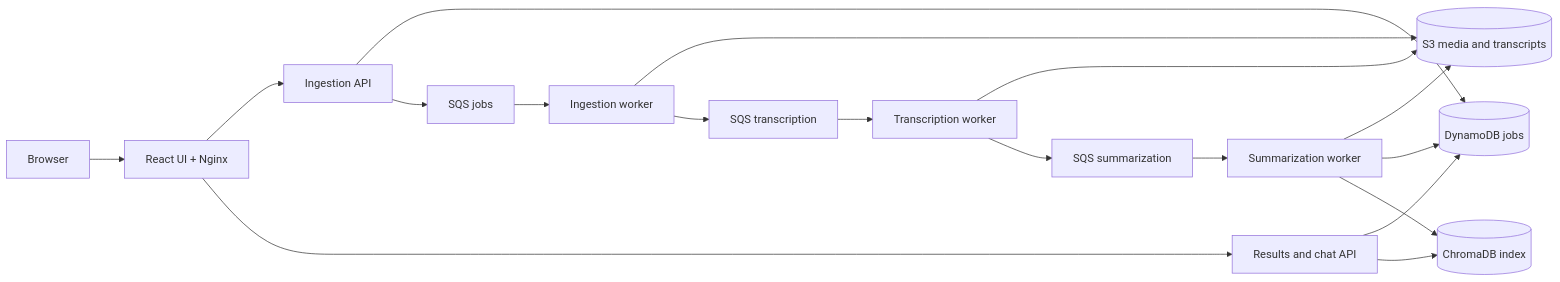
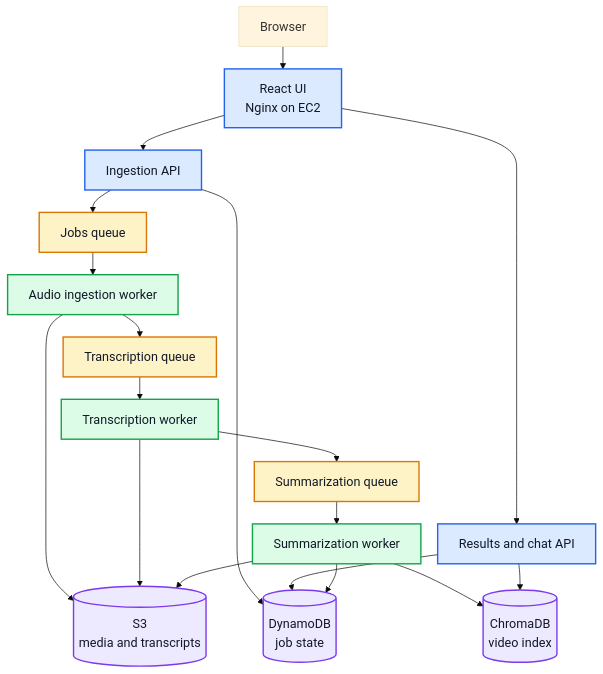
One commit to TexZ-GenZ/Cloud_Project changed the diagram in README.md. Above: the diagram before and after it, drawn with Mermaid. The commit also changed other lines of this file and 10 other files, not shown here.

Commit message:
Organize root files and compact architecture diagram

````diff
--- a/README.md
+++ b/README.md
@@ -9,20 +9,29 @@
 ```mermaid
-flowchart LR
-    Browser --> UI[React UI + Nginx]
+%%{init: {"theme":"base","themeVariables":{"fontSize":"18px"},"flowchart":{"nodeSpacing":24,"rankSpacing":32}}}%%
+flowchart TB
+    Browser[Browser] --> UI[React UI<br/>Nginx on EC2]
     UI --> IngestAPI[Ingestion API]
     UI --> ResultsAPI[Results and chat API]
-    IngestAPI --> Jobs[(DynamoDB jobs)]
-    IngestAPI --> Q1[SQS jobs]
-    Q1 --> IngestWorker[Ingestion worker]
-    IngestWorker --> S3[(S3 media and transcripts)]
-    IngestWorker --> Q2[SQS transcription]
+    IngestAPI --> Q1[Jobs queue]
+    Q1 --> IngestWorker[Audio ingestion worker]
+    IngestWorker --> Q2[Transcription queue]
     Q2 --> TranscribeWorker[Transcription worker]
+    TranscribeWorker --> Q3[Summarization queue]
+    Q3 --> SummarizeWorker[Summarization worker]
+    IngestAPI --> Jobs[(DynamoDB<br/>job state)]
+    ResultsAPI --> Jobs
+    IngestWorker --> S3[(S3<br/>media and transcripts)]
     TranscribeWorker --> S3
-    TranscribeWorker --> Q3[SQS summarization]
-    Q3 --> SummarizeWorker[Summarization worker]
     SummarizeWorker --> S3
     SummarizeWorker --> Jobs
-    SummarizeWorker --> Chroma[(ChromaDB index)]
-    ResultsAPI --> Jobs
+    SummarizeWorker --> Chroma[(ChromaDB<br/>video index)]
     ResultsAPI --> Chroma
+    classDef api fill:#dbeafe,stroke:#2563eb,stroke-width:2px,color:#111827
+    classDef queue fill:#fef3c7,stroke:#d97706,stroke-width:2px,color:#111827
+    classDef worker fill:#dcfce7,stroke:#16a34a,stroke-width:2px,color:#111827
+    classDef data fill:#ede9fe,stroke:#7c3aed,stroke-width:2px,color:#111827
+    class UI,IngestAPI,ResultsAPI api
+    class Q1,Q2,Q3 queue
+    class IngestWorker,TranscribeWorker,SummarizeWorker worker
+    class Jobs,S3,Chroma data
 ```
````
